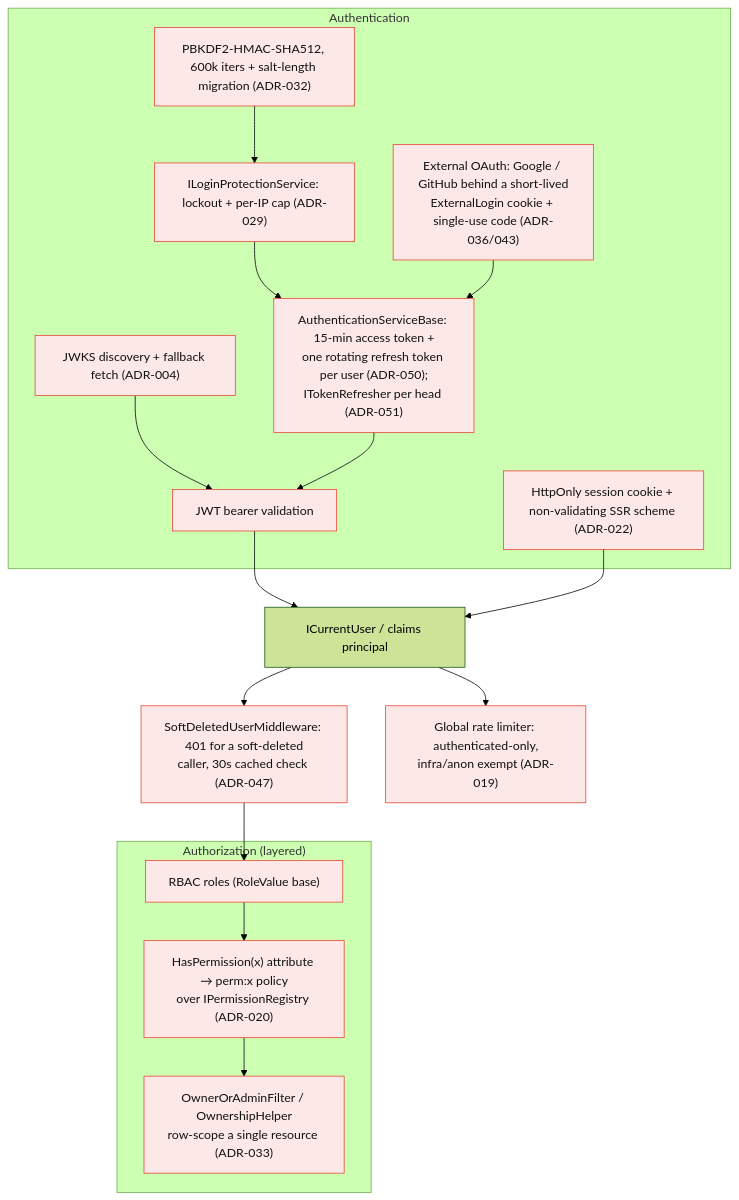
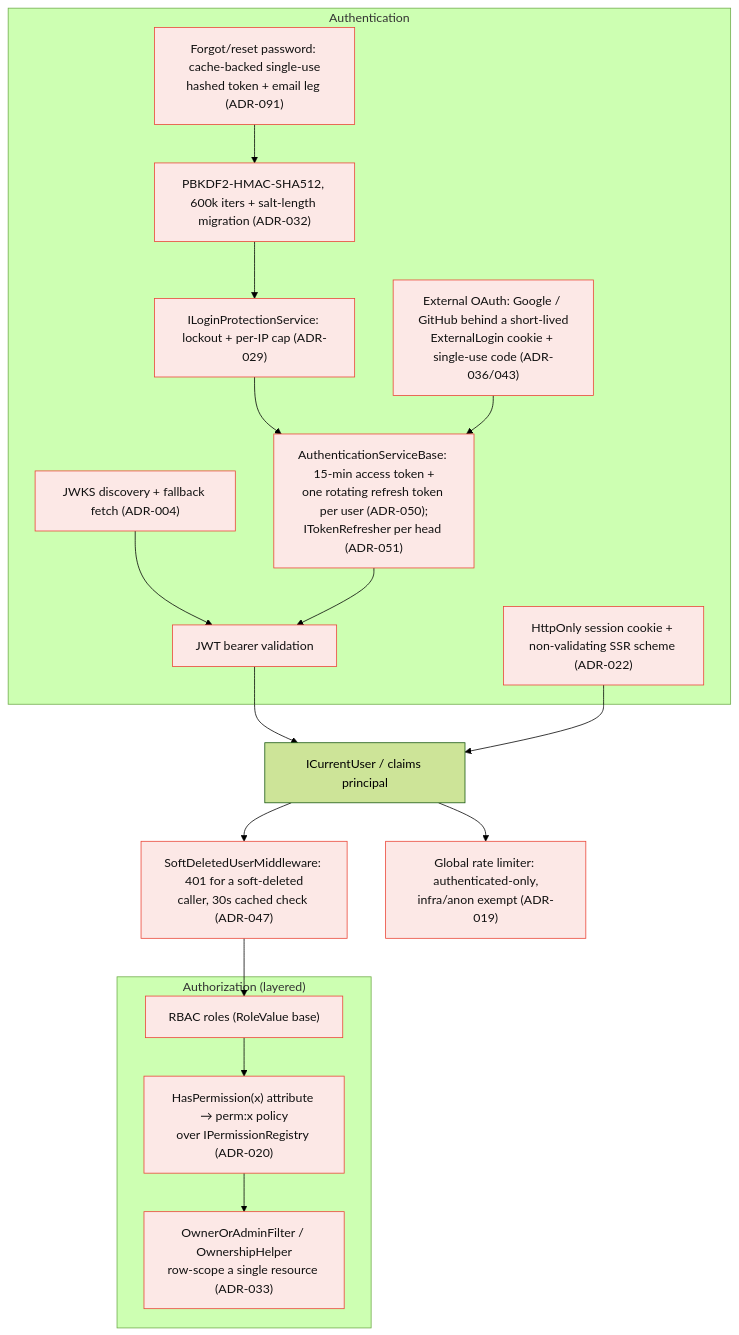
Before and after one commit to ivanball/ivanball.github.io: the ninth of 15 diagrams in docs-src/onboarding/CONCEPT-MAPS.md, drawn with Mermaid (forest theme). The commit also changed other lines of this file and 3 other files, not shown here.

````diff
--- a/docs-src/onboarding/CONCEPT-MAPS.md
+++ b/docs-src/onboarding/CONCEPT-MAPS.md
@@ -473,37 +481,39 @@
 ```mermaid
 flowchart TD
     subgraph AUTHN["Authentication"]
         JWT["JWT bearer validation"]
         JWKS["JWKS discovery + fallback fetch (ADR-004)"]
         COOKIE["HttpOnly session cookie + non-validating SSR scheme (ADR-022)"]
         HASH["PBKDF2-HMAC-SHA512, 600k iters + salt-length migration (ADR-032)"]
         LOGIN["ILoginProtectionService: lockout + per-IP cap (ADR-029)"]
         EXT["External OAuth: Google / GitHub behind a short-lived<br/>ExternalLogin cookie + single-use code (ADR-036/043)"]
         ROT["AuthenticationServiceBase: 15-min access token +<br/>one rotating refresh token per user (ADR-050);<br/>ITokenRefresher per head (ADR-051)"]
+        RESET["Forgot/reset password: cache-backed single-use<br/>hashed token + email leg (ADR-091)"]
     end
 
     CU["ICurrentUser / claims principal"]
     REV["SoftDeletedUserMiddleware: 401 for a soft-deleted<br/>caller, 30s cached check (ADR-047)"]
 
     subgraph AUTHZ["Authorization (layered)"]
         RBAC["RBAC roles (RoleValue base)"]
         PERM["HasPermission(x) attribute → perm:x policy<br/>over IPermissionRegistry (ADR-020)"]
         OWN["OwnerOrAdminFilter / OwnershipHelper<br/>row-scope a single resource (ADR-033)"]
     end
 
     RL["Global rate limiter: authenticated-only,<br/>infra/anon exempt (ADR-019)"]
 
     JWT --> CU
     JWKS --> JWT
     COOKIE --> CU
     HASH --> LOGIN
+    RESET --> HASH
     LOGIN --> ROT
     EXT --> ROT
     ROT --> JWT
     CU --> REV
     REV --> RBAC --> PERM --> OWN
     CU --> RL
 
     classDef a fill:#fce8e6,stroke:#ea4335,color:#111
-    class JWT,JWKS,COOKIE,HASH,LOGIN,EXT,ROT,REV,RBAC,PERM,OWN,RL a
+    class JWT,JWKS,COOKIE,HASH,LOGIN,EXT,ROT,RESET,REV,RBAC,PERM,OWN,RL a
 ```
````
